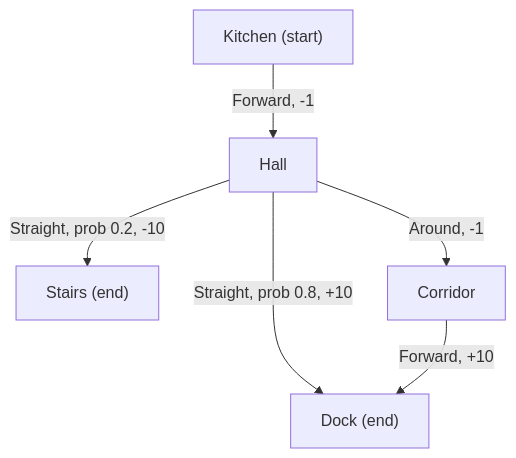
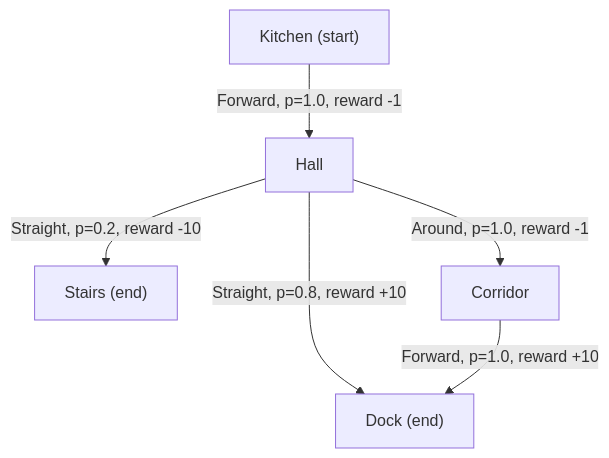
Before and after one commit to kaisarnajar/outcome-school-blogs: the first of 3 diagrams in notes/step-01-machine-learning-foundations/015-markov-decision-process-mdp.md, drawn with Mermaid. The commit also changed other lines of this file and 233 other files, not shown here.

````diff
--- a/notes/step-01-machine-learning-foundations/015-markov-decision-process-mdp.md
+++ b/notes/step-01-machine-learning-foundations/015-markov-decision-process-mdp.md
@@ -51,8 +67,8 @@
 ```mermaid
 flowchart TD
-    K["Kitchen (start)"] -->|"Forward, -1"| H["Hall"]
-    H -->|"Straight, prob 0.8, +10"| D["Dock (end)"]
-    H -->|"Straight, prob 0.2, -10"| S["Stairs (end)"]
-    H -->|"Around, -1"| C["Corridor"]
-    C -->|"Forward, +10"| D
+    K["Kitchen (start)"] -->|"Forward, p=1.0, reward -1"| H["Hall"]
+    H -->|"Straight, p=0.8, reward +10"| D["Dock (end)"]
+    H -->|"Straight, p=0.2, reward -10"| S["Stairs (end)"]
+    H -->|"Around, p=1.0, reward -1"| C["Corridor"]
+    C -->|"Forward, p=1.0, reward +10"| D
 ```
````
